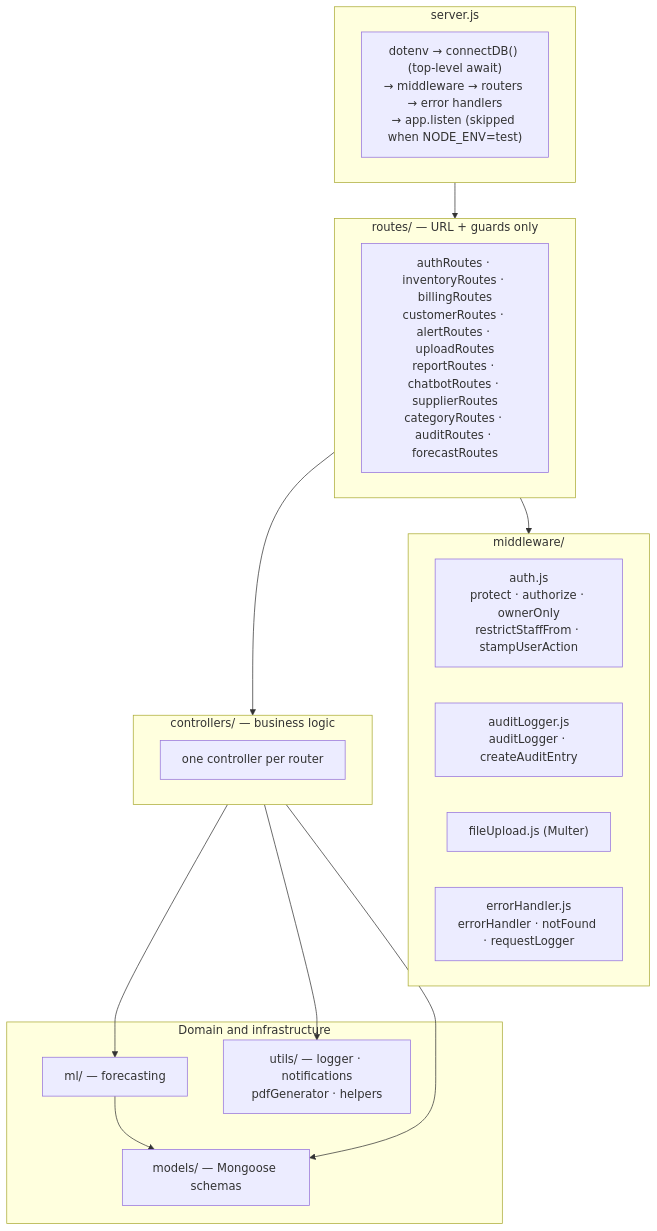
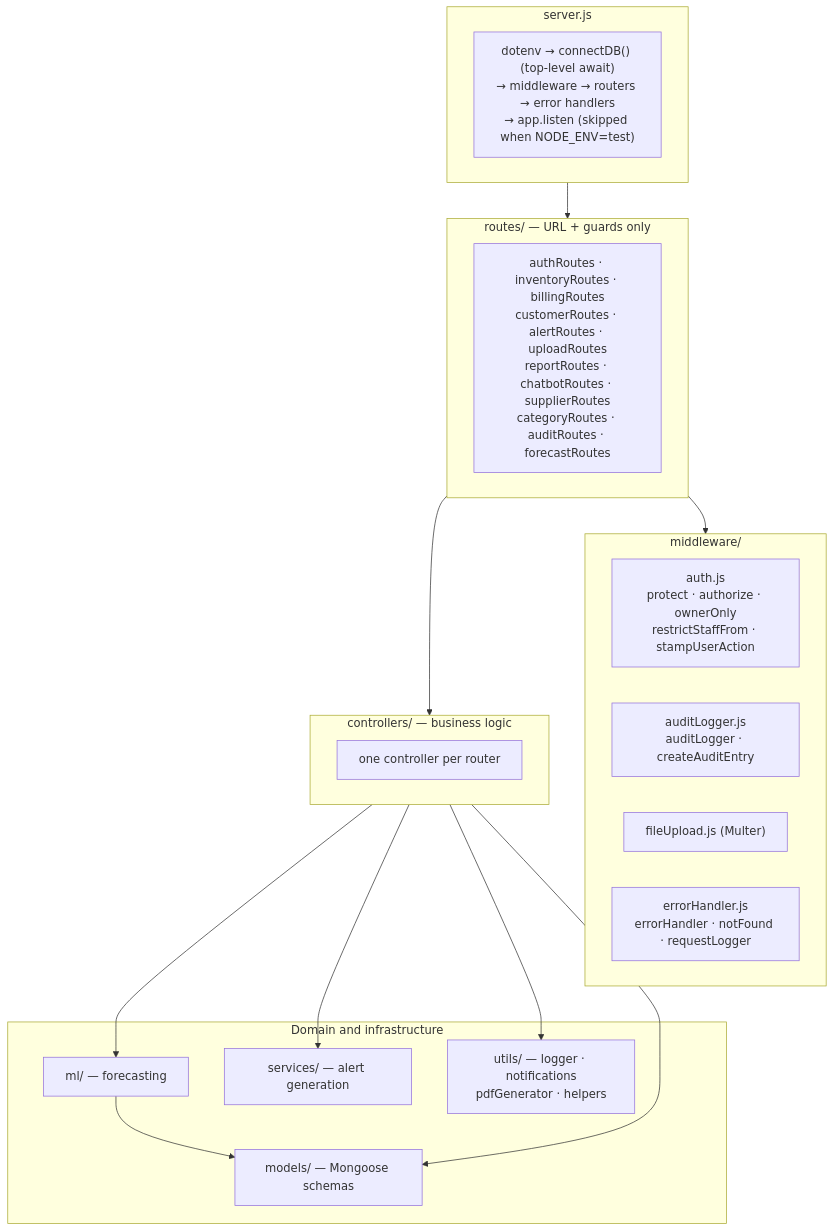
One commit to USER1043/MediStock_AI changed the first of 2 diagrams in docs/backend.md. Above: the diagram before and after it, drawn with Mermaid. The commit also changed other lines of this file and 5 other files, not shown here.

````diff
--- a/docs/backend.md
+++ b/docs/backend.md
@@ -9,35 +9,37 @@
 ```mermaid
 flowchart TB
     subgraph entry["server.js"]
         boot["dotenv → connectDB() (top-level await)<br/>→ middleware → routers → error handlers<br/>→ app.listen (skipped when NODE_ENV=test)"]
     end
 
     subgraph routes["routes/ — URL + guards only"]
         r1["authRoutes · inventoryRoutes · billingRoutes<br/>customerRoutes · alertRoutes · uploadRoutes<br/>reportRoutes · chatbotRoutes · supplierRoutes<br/>categoryRoutes · auditRoutes · forecastRoutes"]
     end
 
     subgraph mw["middleware/"]
         auth["auth.js<br/>protect · authorize · ownerOnly<br/>restrictStaffFrom · stampUserAction"]
         audit["auditLogger.js<br/>auditLogger · createAuditEntry"]
         up["fileUpload.js (Multer)"]
         err["errorHandler.js<br/>errorHandler · notFound · requestLogger"]
     end
 
     subgraph ctrl["controllers/ — business logic"]
         c1["one controller per router"]
     end
 
     subgraph dom["Domain and infrastructure"]
         models["models/ — Mongoose schemas"]
         ml["ml/ — forecasting"]
+        services["services/ — alert generation"]
         utils["utils/ — logger · notifications<br/>pdfGenerator · helpers"]
     end
 
     entry --> routes
     routes --> mw
     routes --> ctrl
     ctrl --> models
     ctrl --> ml
+    ctrl --> services
     ctrl --> utils
     ml --> models
 ```
````
